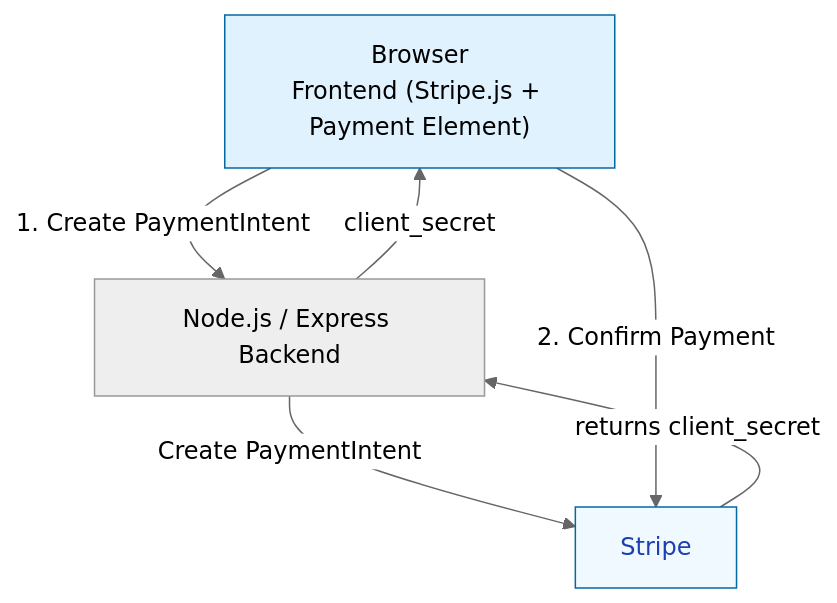
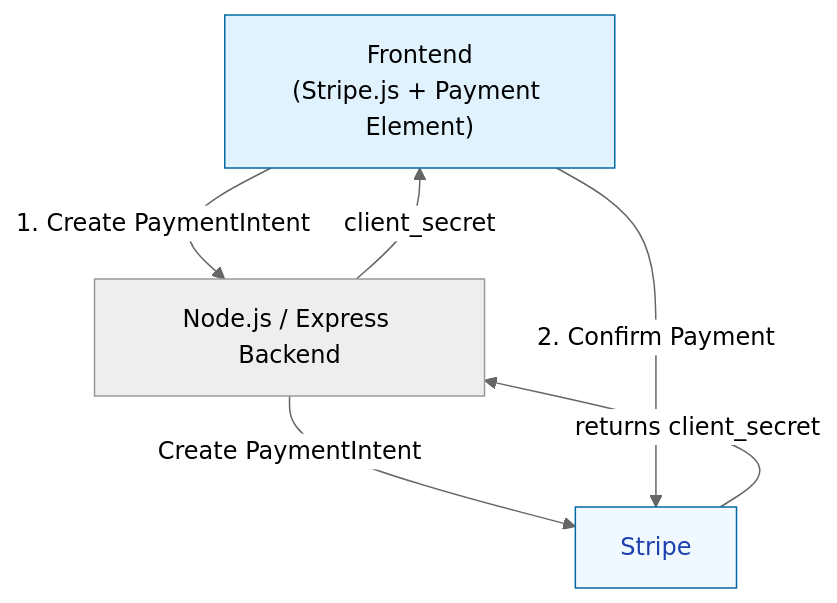
One commit to albmar85-uoc/psa-tech-test changed the diagram in README.md. Above: the diagram before and after it, drawn with Mermaid (neutral theme).

````diff
--- a/README.md
+++ b/README.md
@@ -35,15 +35,15 @@
 ```mermaid
 flowchart TD
-    A["Browser<br>Frontend (Stripe.js + Payment Element)"]
+    A["Frontend<br>(Stripe.js + Payment Element)"]
     B["Node.js / Express Backend"]
     S[Stripe]
 
     A -->|1. Create PaymentIntent| B
     B -->|Create PaymentIntent| S
     S -->|returns client_secret| B
     B -->|client_secret| A
     A -->|2. Confirm Payment| S
 
     style A fill:#e0f2fe,stroke:#0369a1
     style S fill:#f0f9ff,stroke:#0369a1,color:#1e40af
 ```
````
